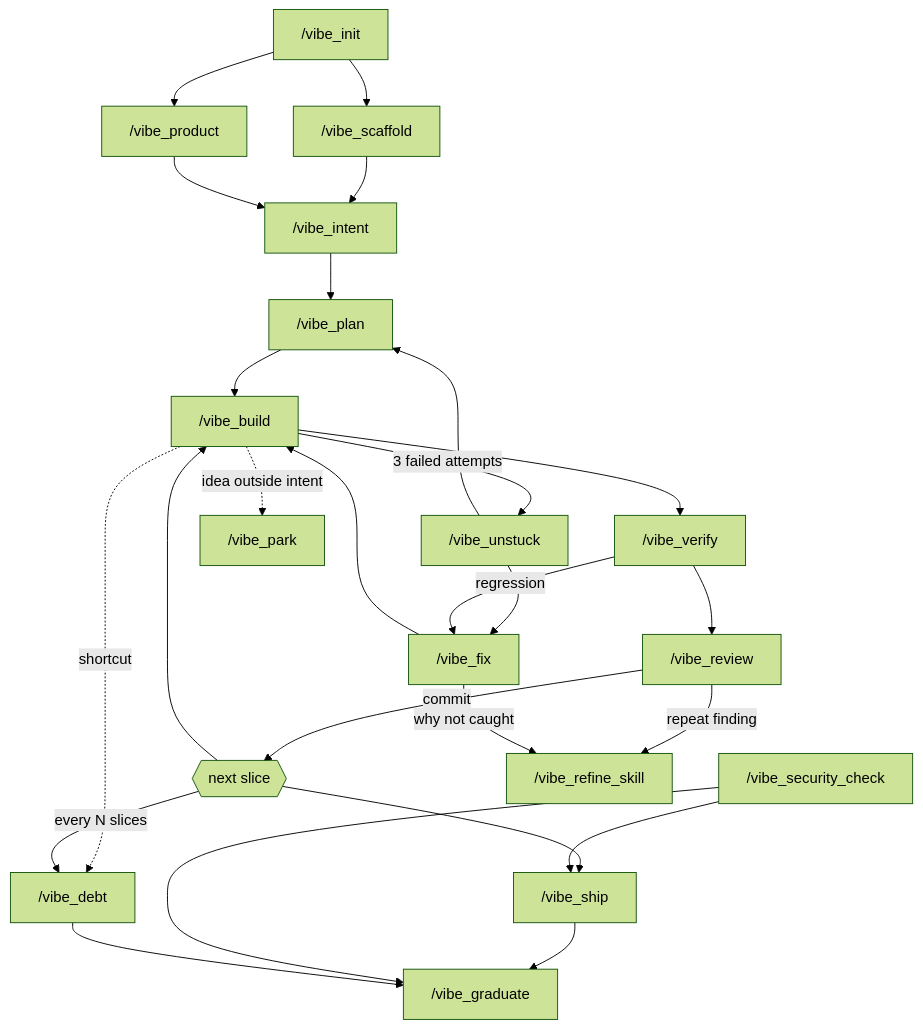
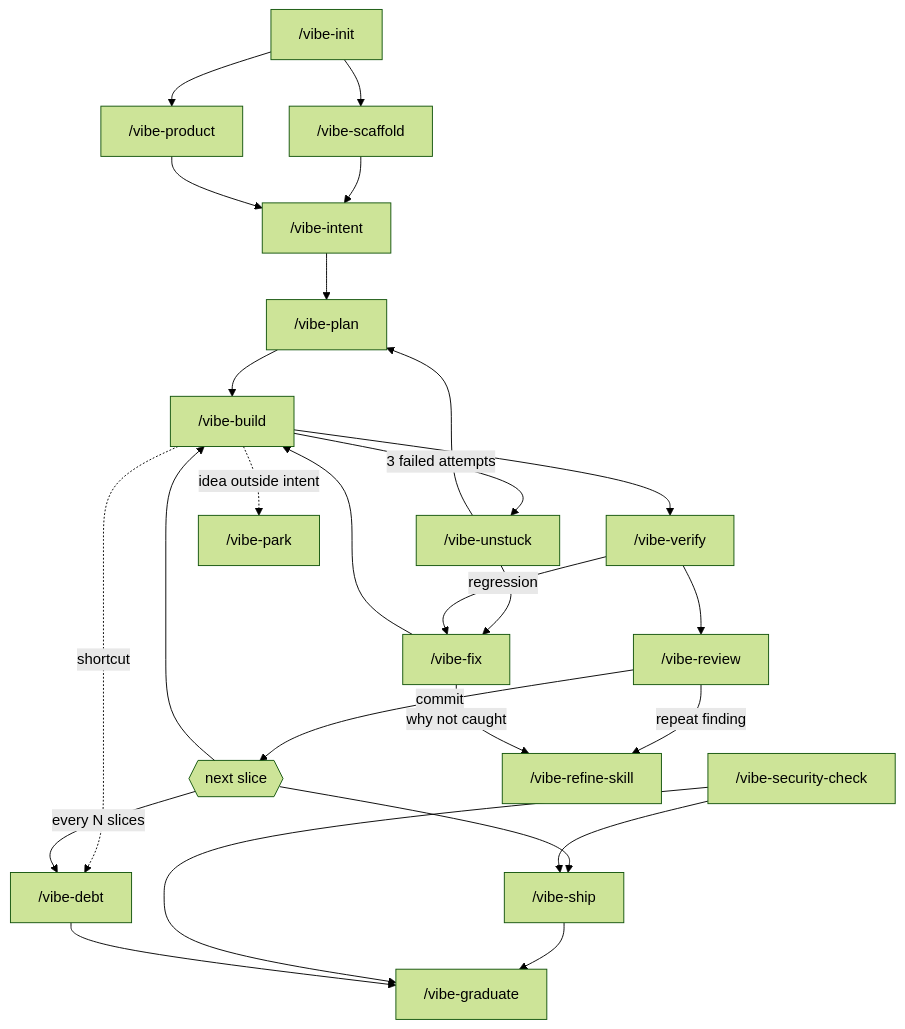
Before and after one commit to kaitondt/ai-pack: the diagram in vibe-standard/COMMAND-FLOW.md, drawn with Mermaid (forest theme). The commit also changed other lines of this file and 1887 other files, not shown here.

````diff
--- a/vibe-standard/COMMAND-FLOW.md
+++ b/vibe-standard/COMMAND-FLOW.md
@@ -69,28 +69,28 @@
 ```mermaid
 flowchart TD
-  INIT["/vibe_init"] --> SCAF["/vibe_scaffold"]
-  INIT --> PROD["/vibe_product"]
+  INIT["/vibe-init"] --> SCAF["/vibe-scaffold"]
+  INIT --> PROD["/vibe-product"]
   SCAF --> INT
-  PROD --> INT["/vibe_intent"]
-  INT --> PLAN["/vibe_plan"]
-  PLAN --> BUILD["/vibe_build"]
-  BUILD --> VER["/vibe_verify"]
-  VER --> REV["/vibe_review"]
+  PROD --> INT["/vibe-intent"]
+  INT --> PLAN["/vibe-plan"]
+  PLAN --> BUILD["/vibe-build"]
+  BUILD --> VER["/vibe-verify"]
+  VER --> REV["/vibe-review"]
   REV -->|commit| NEXT{{"next slice"}}
   NEXT --> BUILD
-  BUILD -->|"3 failed attempts"| UNS["/vibe_unstuck"]
-  UNS --> FIX["/vibe_fix"]
+  BUILD -->|"3 failed attempts"| UNS["/vibe-unstuck"]
+  UNS --> FIX["/vibe-fix"]
   UNS --> PLAN
   VER -->|regression| FIX
   FIX --> BUILD
-  BUILD -.->|"idea outside intent"| PARK["/vibe_park"]
-  BUILD -.->|"shortcut"| DEBT["/vibe_debt"]
+  BUILD -.->|"idea outside intent"| PARK["/vibe-park"]
+  BUILD -.->|"shortcut"| DEBT["/vibe-debt"]
   NEXT -->|"every N slices"| DEBT
-  NEXT --> SHIP["/vibe_ship"]
-  SEC["/vibe_security_check"] --> SHIP
-  SHIP --> GRAD["/vibe_graduate"]
+  NEXT --> SHIP["/vibe-ship"]
+  SEC["/vibe-security-check"] --> SHIP
+  SHIP --> GRAD["/vibe-graduate"]
   SEC --> GRAD
   DEBT --> GRAD
-  REV -->|"repeat finding"| REF["/vibe_refine_skill"]
+  REV -->|"repeat finding"| REF["/vibe-refine-skill"]
   FIX -->|"why not caught"| REF
 ```
````
